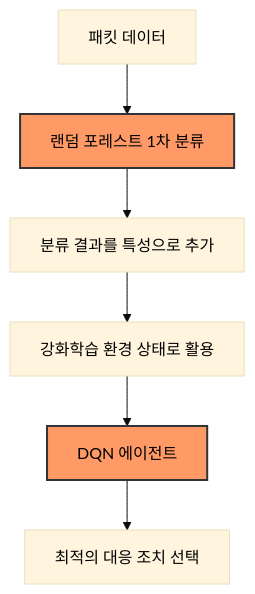
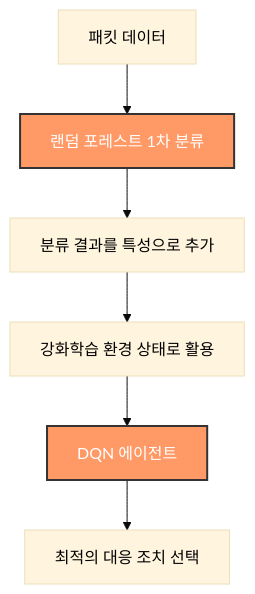
Before and after one commit to Es5724/Intrusion_DetectionSystem_AIagent: the second of 4 diagrams in README.md, drawn with Mermaid (base theme). The commit also changed other lines of this file, not shown here.

````diff
--- a/README.md
+++ b/README.md
@@ -163,13 +166,13 @@
 ```mermaid
 flowchart TD
     packet[패킷 데이터] --> rf[랜덤 포레스트 1차 분류]
     rf --> feature[분류 결과를 특성으로 추가]
     feature --> state[강화학습 환경 상태로 활용]
     state --> dqn[DQN 에이전트]
     dqn --> action[최적의 대응 조치 선택]
     
-    classDef highlight fill:#f96,stroke:#333,stroke-width:2px,color:black;
+    classDef highlight fill:#f96,stroke:#333,stroke-width:2px,color:white;
     classDef normal color:black;
     class dqn,rf highlight
     class packet,feature,state,action normal
 ```
````
